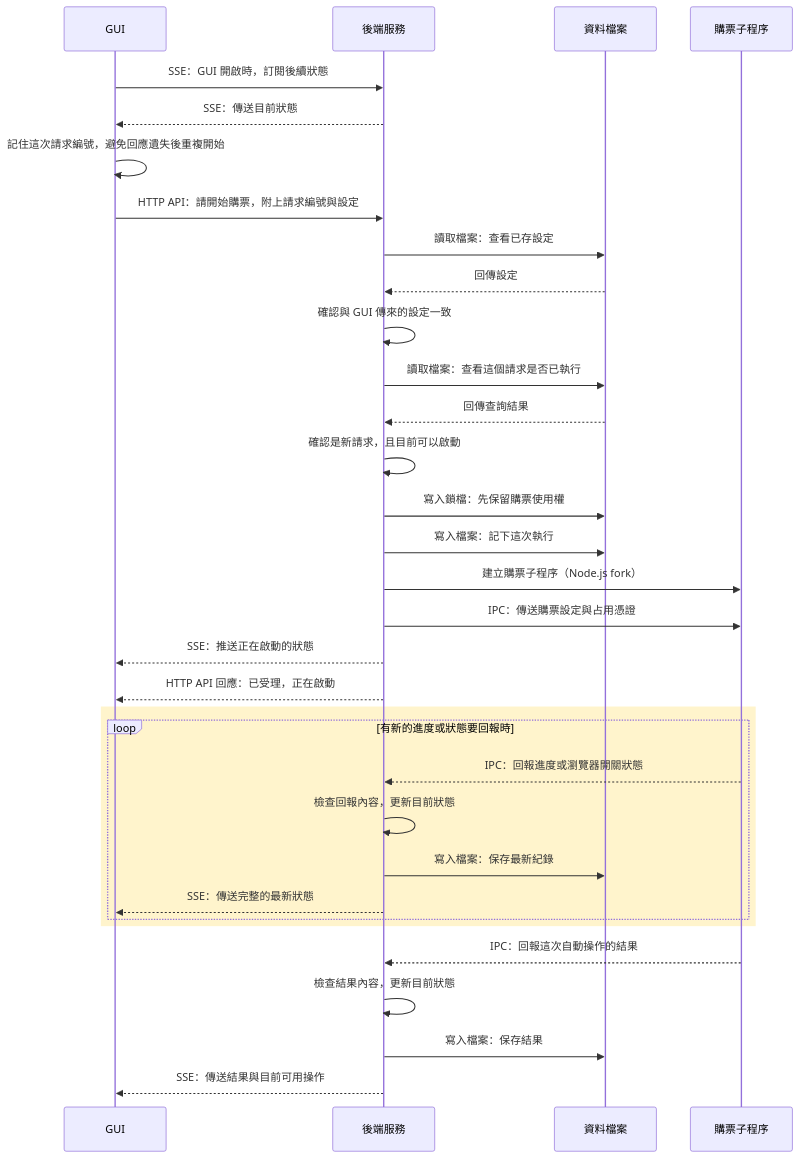
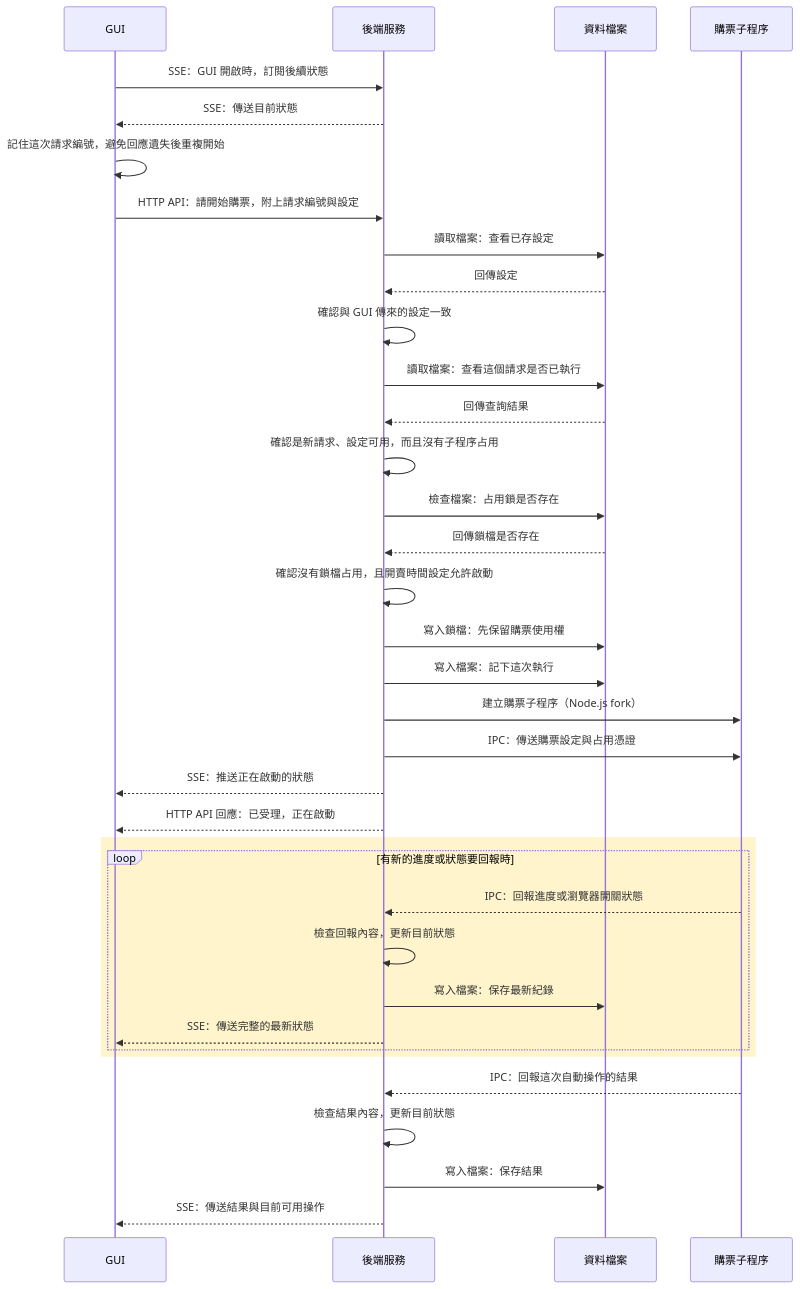
Before and after one commit to pablo0825/2026-09-ticketPilot: the diagram in docs/architecture/start-and-progress.md, drawn with Mermaid. The commit also changed other lines of this file and 3 other files, not shown here.

Commit message:
docs(architecture): clarify lifecycle events and control delivery

````diff
--- a/docs/architecture/start-and-progress.md
+++ b/docs/architecture/start-and-progress.md
@@ -7,38 +7,41 @@
 ```mermaid
 sequenceDiagram
     participant G as GUI
     participant B as 後端服務
     participant D as 資料檔案
     participant W as 購票子程序
 
     G->>B: SSE：GUI 開啟時，訂閱後續狀態
     B-->>G: SSE：傳送目前狀態
     G->>G: 記住這次請求編號，避免回應遺失後重複開始
     G->>B: HTTP API：請開始購票，附上請求編號與設定
     B->>D: 讀取檔案：查看已存設定
     D-->>B: 回傳設定
     B->>B: 確認與 GUI 傳來的設定一致
     B->>D: 讀取檔案：查看這個請求是否已執行
     D-->>B: 回傳查詢結果
-    B->>B: 確認是新請求，且目前可以啟動
+    B->>B: 確認是新請求、設定可用，而且沒有子程序占用
+    B->>D: 檢查檔案：占用鎖是否存在
+    D-->>B: 回傳鎖檔是否存在
+    B->>B: 確認沒有鎖檔占用，且開賣時間設定允許啟動
     B->>D: 寫入鎖檔：先保留購票使用權
     B->>D: 寫入檔案：記下這次執行
     B->>W: 建立購票子程序（Node.js fork）
     B->>W: IPC：傳送購票設定與占用憑證
     B-->>G: SSE：推送正在啟動的狀態
     B-->>G: HTTP API 回應：已受理，正在啟動
 
     rect rgb(255, 244, 204)
         loop 有新的進度或狀態要回報時
             W-->>B: IPC：回報進度或瀏覽器開關狀態
             B->>B: 檢查回報內容，更新目前狀態
             B->>D: 寫入檔案：保存最新紀錄
             B-->>G: SSE：傳送完整的最新狀態
         end
     end
 
     W-->>B: IPC：回報這次自動操作的結果
     B->>B: 檢查結果內容，更新目前狀態
     B->>D: 寫入檔案：保存結果
     B-->>G: SSE：傳送結果與目前可用操作
 ```
````
